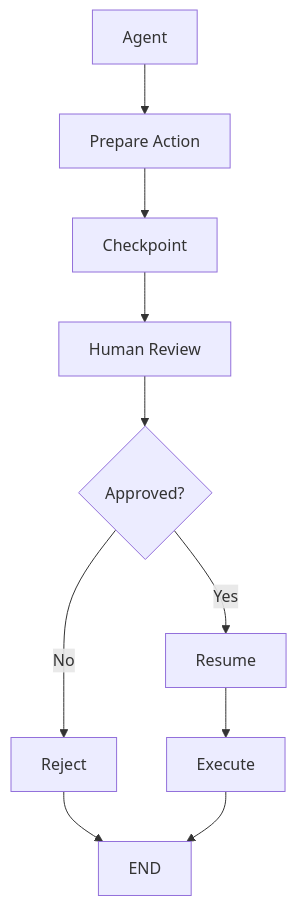
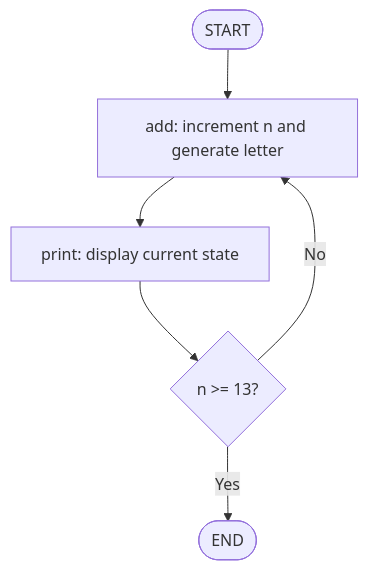
The second of 4 diagrams in docs/08-ai-engineering-frameworks/langgraph/19-langgraph-state-and-checkpointing.md (MihirKJha/enterprise-ai-engineering-handbook), drawn with Mermaid before and after one commit. The commit also changed other lines of this file and 10 other files, not shown here.

````diff
--- a/docs/08-ai-engineering-frameworks/langgraph/19-langgraph-state-and-checkpointing.md
+++ b/docs/08-ai-engineering-frameworks/langgraph/19-langgraph-state-and-checkpointing.md
@@ -929,21 +125,8 @@
 ```mermaid
 flowchart TD
-
-    A[Agent] --> B[Prepare Action]
-
-    B --> C[Checkpoint]
-
-    C --> D[Human Review]
-
-    D --> E{Approved?}
-
-    E -->|Yes| F[Resume]
-
-    E -->|No| G[Reject]
-
-    F --> H[Execute]
-
-    G --> I[END]
-
-    H --> I
+    A([START]) --> B[add: increment n and generate letter]
+    B --> C[print: display current state]
+    C --> D{n >= 13?}
+    D -->|No| B
+    D -->|Yes| E([END])
 ```
````
